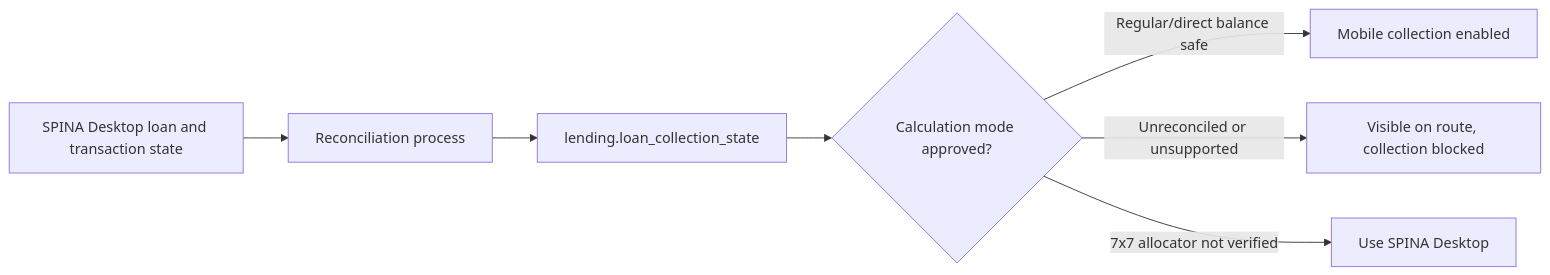
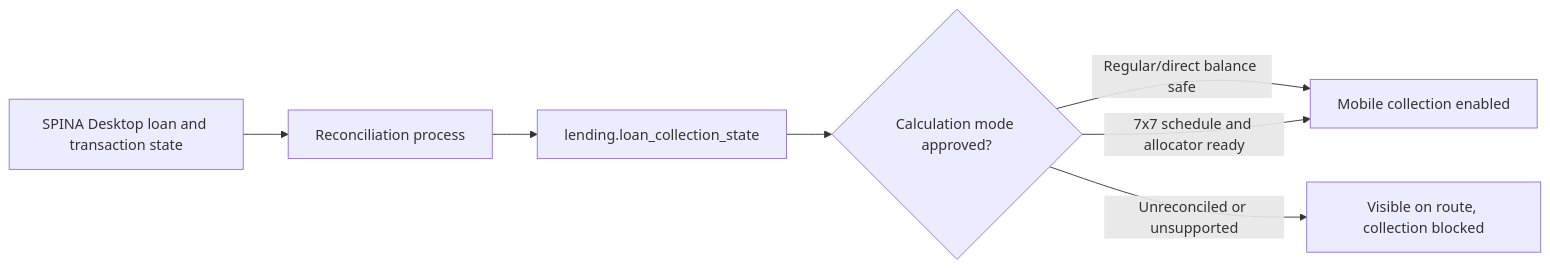
The fifth of 6 diagrams in docs/architecture/system-map.md (GILBIC/spina-lending-app), drawn with Mermaid before and after one commit. The commit also changed other lines of this file and 5 other files, not shown here.

````diff
--- a/docs/architecture/system-map.md
+++ b/docs/architecture/system-map.md
@@ -314,9 +322,9 @@
 ```mermaid
 flowchart LR
     D[SPINA Desktop loan and transaction state] --> R[Reconciliation process]
     R --> S[lending.loan_collection_state]
     S --> C{Calculation mode approved?}
     C -->|Regular/direct balance safe| READY[Mobile collection enabled]
     C -->|Unreconciled or unsupported| BLOCK[Visible on route, collection blocked]
-    C -->|7x7 allocator not verified| DESKTOP[Use SPINA Desktop]
+    C -->|7x7 schedule and allocator ready| READY
 ```
````
